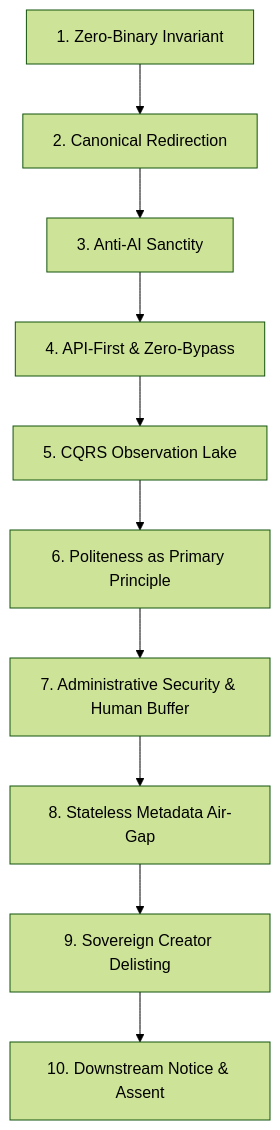
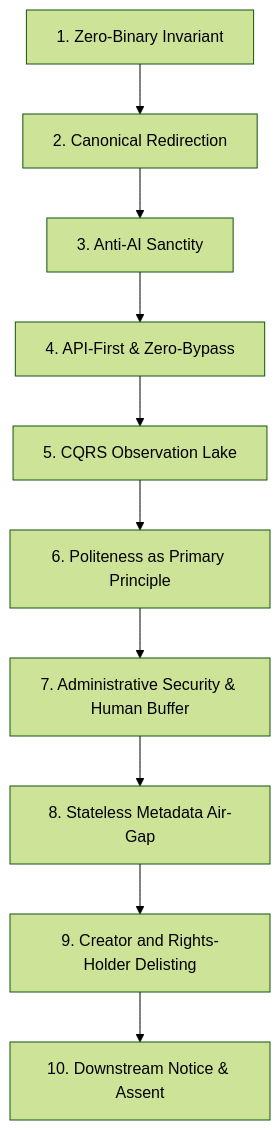
The second of 2 diagrams in docs/topics/07_topics_to_learn_practice_observe_and_philosophies.md (SlamTheDragon/vrc-package-crawler), drawn with Mermaid (forest theme) before and after one commit. The commit also changed other lines of this file and 14 other files, not shown here.

````diff
--- a/docs/topics/07_topics_to_learn_practice_observe_and_philosophies.md
+++ b/docs/topics/07_topics_to_learn_practice_observe_and_philosophies.md
@@ -114,12 +114,12 @@
 ```mermaid
 flowchart TD
     P1["1. Zero-Binary Invariant"] --> P2["2. Canonical Redirection"]
     P2 --> P3["3. Anti-AI Sanctity"]
     P3 --> P4["4. API-First & Zero-Bypass"]
     P4 --> P5["5. CQRS Observation Lake"]
     P5 --> P6["6. Politeness as Primary Principle"]
     P6 --> P7["7. Administrative Security & Human Buffer"]
     P7 --> P8["8. Stateless Metadata Air-Gap"]
-    P8 --> P9["9. Sovereign Creator Delisting"]
+    P8 --> P9["9. Creator and Rights-Holder Delisting"]
     P9 --> P10["10. Downstream Notice & Assent"]
 ```
````
